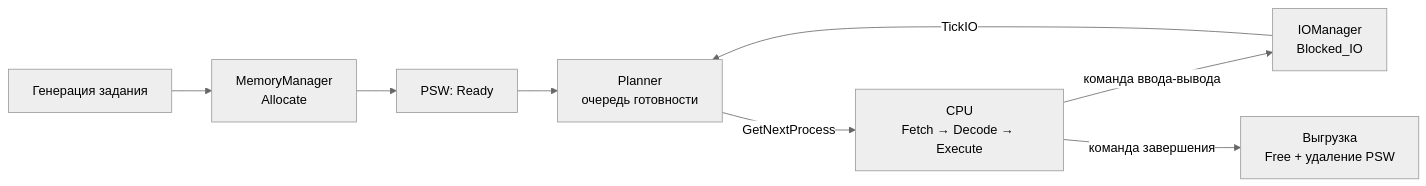
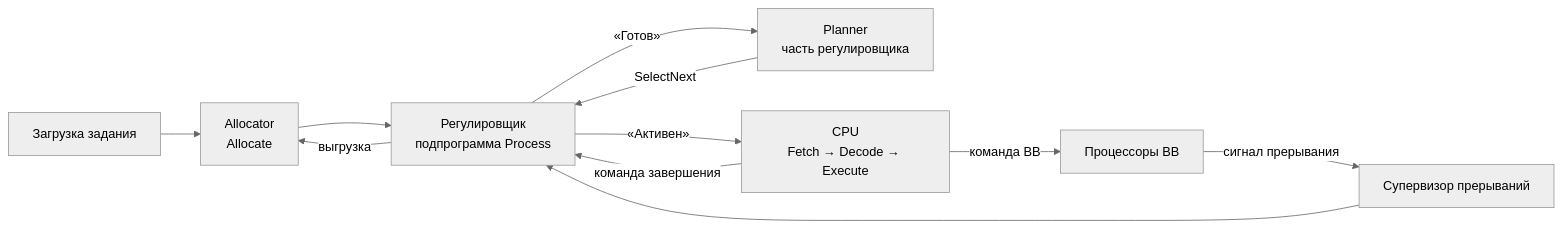
Before and after one commit to kukirmash/os_model: the diagram in README.md, drawn with Mermaid (neutral theme). The commit also changed other lines of this file and 20 other files, not shown here.

First line of the commit message:
Модель ОС (вариант 11): регулировщик, обработка прерываний, процессоры ВВ и отчёт по лабораторной работе 5

````diff
--- a/README.md
+++ b/README.md
@@ -47,10 +88,13 @@
 ```mermaid
 flowchart LR
-    GEN[Генерация задания] --> MEM[MemoryManager<br/>Allocate]
-    MEM --> PSW[PSW: Ready]
-    PSW --> PL[Planner<br/>очередь готовности]
-    PL -->|GetNextProcess| CPU[CPU<br/>Fetch → Decode → Execute]
-    CPU -->|команда ввода-вывода| IO[IOManager<br/>Blocked_IO]
-    IO -->|TickIO| PL
-    CPU -->|команда завершения| FIN[Выгрузка<br/>Free + удаление PSW]
+    GEN[Загрузка задания] --> MEM[Allocator<br/>Allocate]
+    MEM --> REG[Регулировщик<br/>подпрограмма Process]
+    PL[Planner<br/>часть регулировщика] -->|SelectNext| REG
+    REG -->|«Активен»| CPU[CPU<br/>Fetch → Decode → Execute]
+    CPU -->|команда ВВ| IO[Процессоры ВВ]
+    IO -->|сигнал прерывания| INT[Супервизор прерываний]
+    INT --> REG
+    CPU -->|команда завершения| REG
+    REG -->|«Готов»| PL
+    REG -->|выгрузка| MEM
 ```
````
